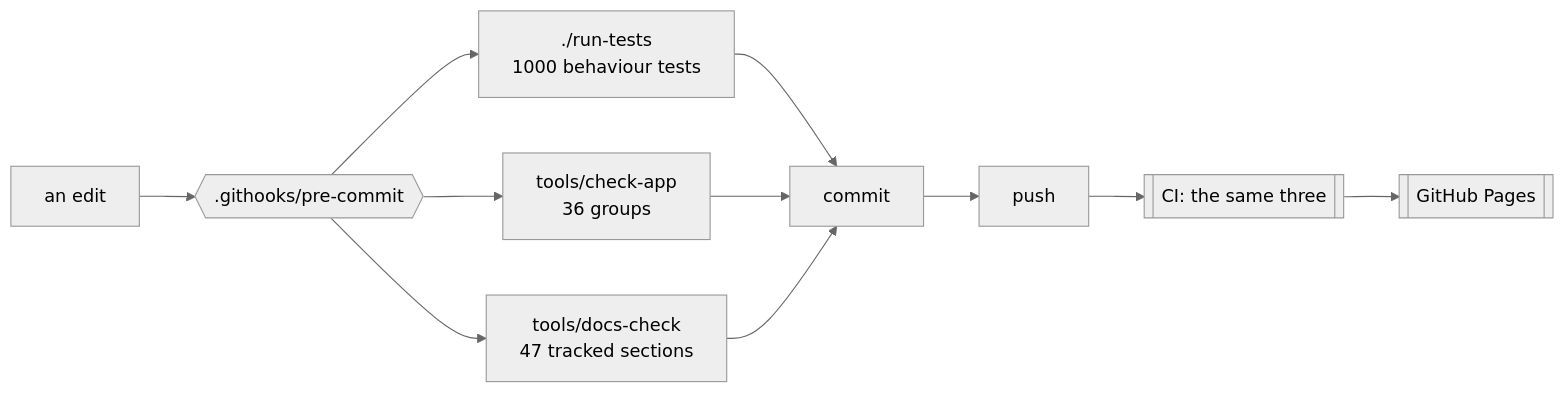
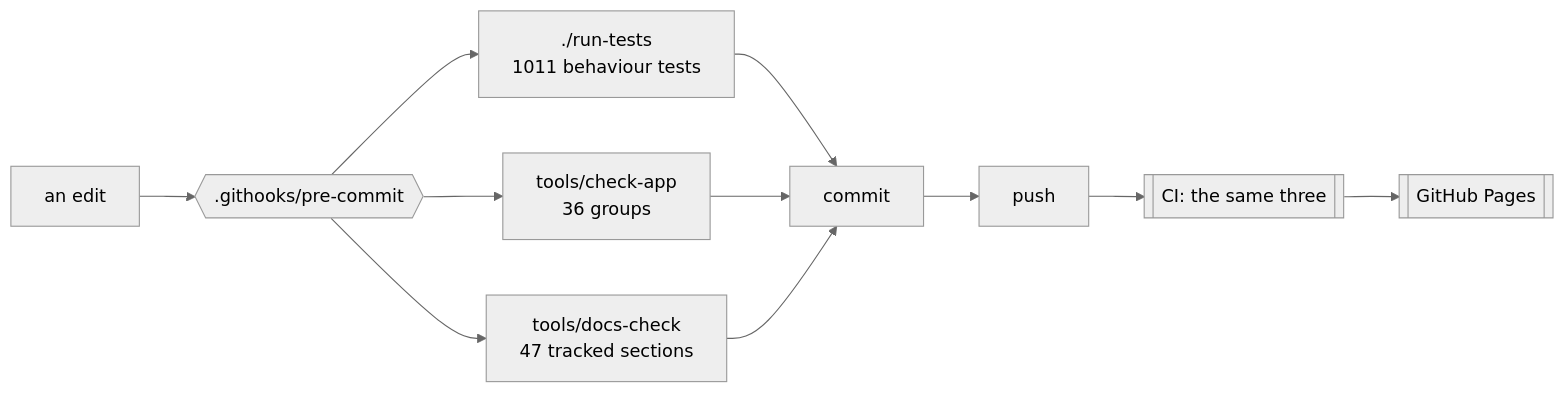
Before and after one commit to minormending/crystal-pilot-mobile: the first of 3 diagrams in docs/DEVELOPING.md, drawn with Mermaid (neutral theme). The commit also changed other lines of this file and 3 other files, not shown here.

````diff
--- a/docs/DEVELOPING.md
+++ b/docs/DEVELOPING.md
@@ -15,12 +15,12 @@
 ```mermaid
 flowchart LR
     E[an edit] --> H{{".githooks/pre-commit"}}
-    H --> T["./run-tests<br/>1000 behaviour tests"]
+    H --> T["./run-tests<br/>1011 behaviour tests"]
     H --> C["tools/check-app<br/>36 groups"]
     H --> D["tools/docs-check<br/>47 tracked sections"]
     T --> OK[commit]
     C --> OK
     D --> OK
     OK --> P[push] --> CI[["CI: the same three"]]
     CI --> PG[[GitHub Pages]]
 ```
````
